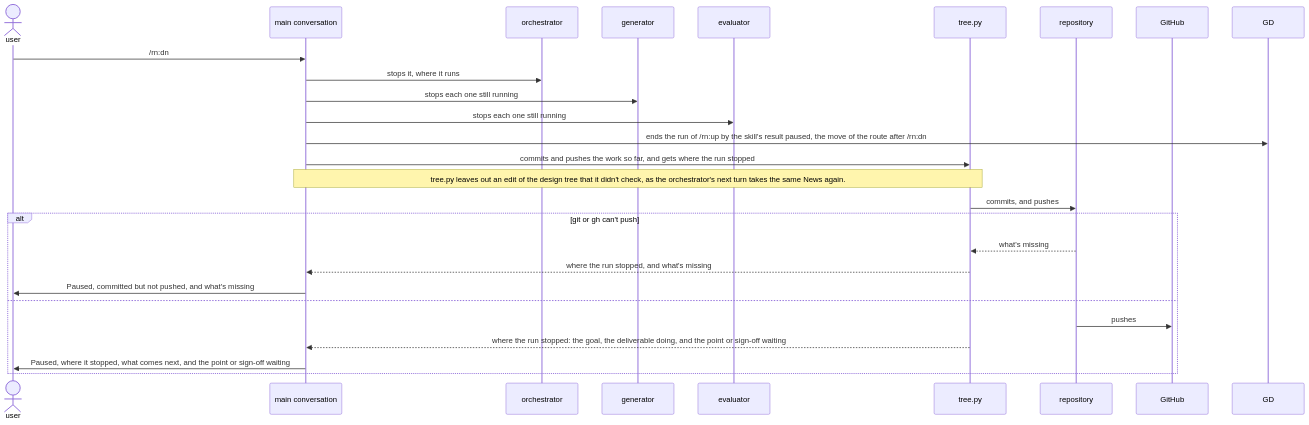
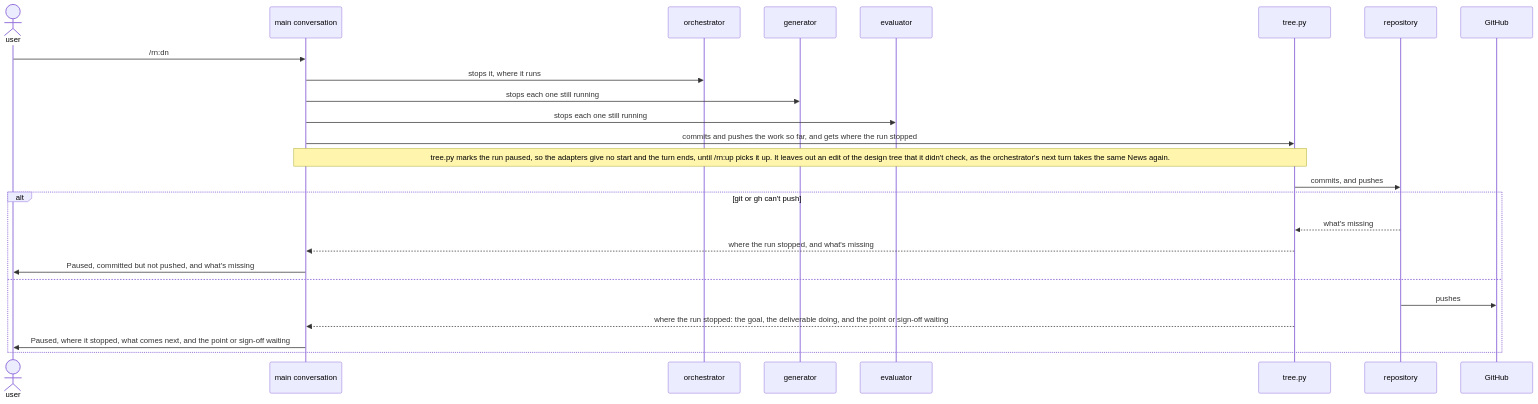
One commit to lovaizu/ccpm changed the fourth of 6 diagrams in dev/rn/architecture.md. Above: the diagram before and after it, drawn with Mermaid. The commit also changed other lines of this file and 1 other file, not shown here.

First line of the commit message:
rn's architecture pauses by the run's files, not by a result of Lane's, ends Lane's run only once the pull request is signed off, and gives each start due once for its Cut, as a fifth independent trace found four breaks

````diff
--- a/dev/rn/architecture.md
+++ b/dev/rn/architecture.md
@@ -357,28 +360,27 @@
 ```mermaid
 sequenceDiagram
   actor U as user
   participant M as main conversation
   participant O as orchestrator
   participant G as generator
   participant E as evaluator
   participant T as tree.py
   participant RP as repository
   participant GH as GitHub
   U->>M: /rn:dn
   M->>O: stops it, where it runs
   M->>G: stops each one still running
   M->>E: stops each one still running
-  M->>GD: ends the run of /rn:up by the skill's result paused, the move of the route after /rn:dn
   M->>T: commits and pushes the work so far, and gets where the run stopped
-  Note over M,T: tree.py leaves out an edit of the design tree that it didn't check, as the orchestrator's next turn takes the same News again.
+  Note over M,T: tree.py marks the run paused, so the adapters give no start and the turn ends, until /rn:up picks it up. It leaves out an edit of the design tree that it didn't check, as the orchestrator's next turn takes the same News again.
   T->>RP: commits, and pushes
   alt git or gh can't push
     RP-->>T: what's missing
     T-->>M: where the run stopped, and what's missing
     M->>U: Paused, committed but not pushed, and what's missing
   else
     RP->>GH: pushes
     T-->>M: where the run stopped: the goal, the deliverable doing, and the point or sign-off waiting
     M->>U: Paused, where it stopped, what comes next, and the point or sign-off waiting
   end
 ```
````
